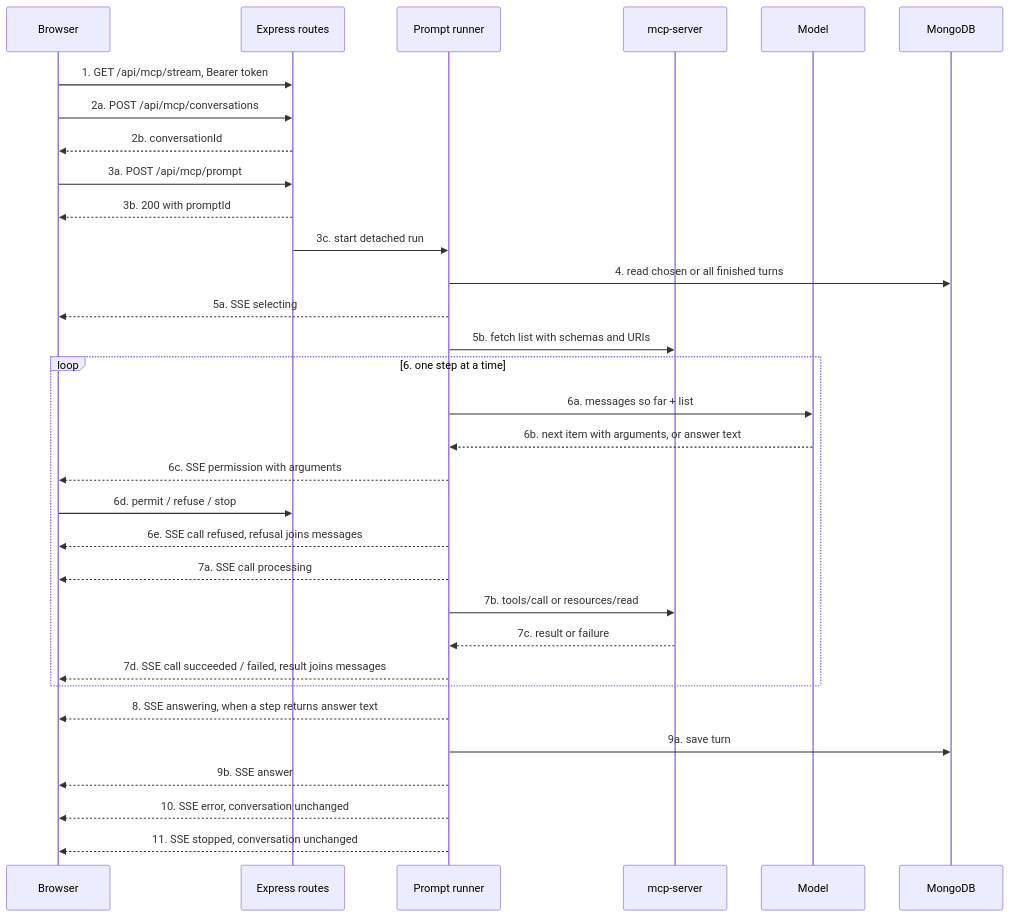
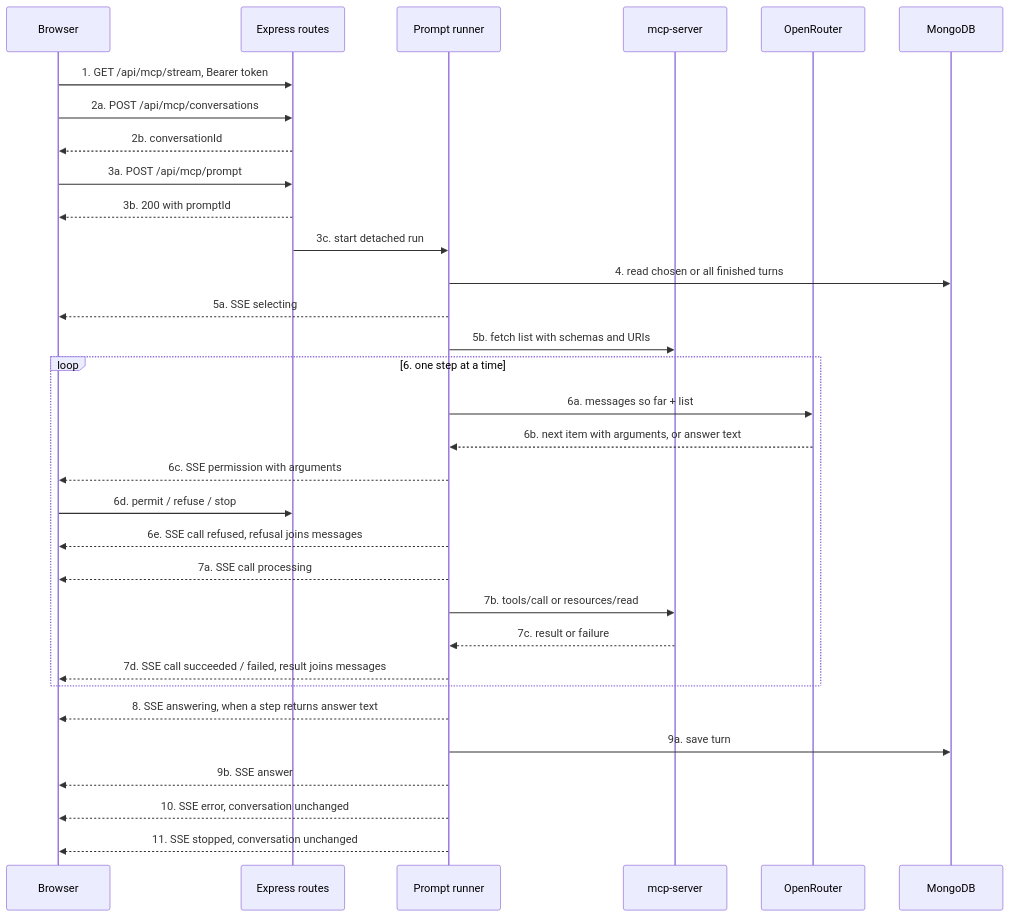
The diagram in .cursor/plans/express_mcp_client_eb1378c6.plan.md (g-rosuson/fullstack-dashboard), drawn with Mermaid before and after one commit. The commit also changed other lines of this file and 8 other files, not shown here.

````diff
--- a/.cursor/plans/express_mcp_client_eb1378c6.plan.md
+++ b/.cursor/plans/express_mcp_client_eb1378c6.plan.md
@@ -42,35 +42,35 @@
 ```mermaid
 sequenceDiagram
     participant UI as Browser
     participant API as Express routes
     participant RUN as Prompt runner
     participant MCP as mcp-server
-    participant LLM as Model
+    participant LLM as OpenRouter
     participant DB as MongoDB
 
     UI->>API: 1. GET /api/mcp/stream, Bearer token
     UI->>API: 2a. POST /api/mcp/conversations
     API-->>UI: 2b. conversationId
     UI->>API: 3a. POST /api/mcp/prompt
     API-->>UI: 3b. 200 with promptId
     API->>RUN: 3c. start detached run
     RUN->>DB: 4. read chosen or all finished turns
     RUN-->>UI: 5a. SSE selecting
     RUN->>MCP: 5b. fetch list with schemas and URIs
     loop 6. one step at a time
         RUN->>LLM: 6a. messages so far + list
         LLM-->>RUN: 6b. next item with arguments, or answer text
         RUN-->>UI: 6c. SSE permission with arguments
         UI->>API: 6d. permit / refuse / stop
         RUN-->>UI: 6e. SSE call refused, refusal joins messages
         RUN-->>UI: 7a. SSE call processing
         RUN->>MCP: 7b. tools/call or resources/read
         MCP-->>RUN: 7c. result or failure
         RUN-->>UI: 7d. SSE call succeeded / failed, result joins messages
     end
     RUN-->>UI: 8. SSE answering, when a step returns answer text
     RUN->>DB: 9a. save turn
     RUN-->>UI: 9b. SSE answer
     RUN-->>UI: 10. SSE error, conversation unchanged
     RUN-->>UI: 11. SSE stopped, conversation unchanged
 ```
````
